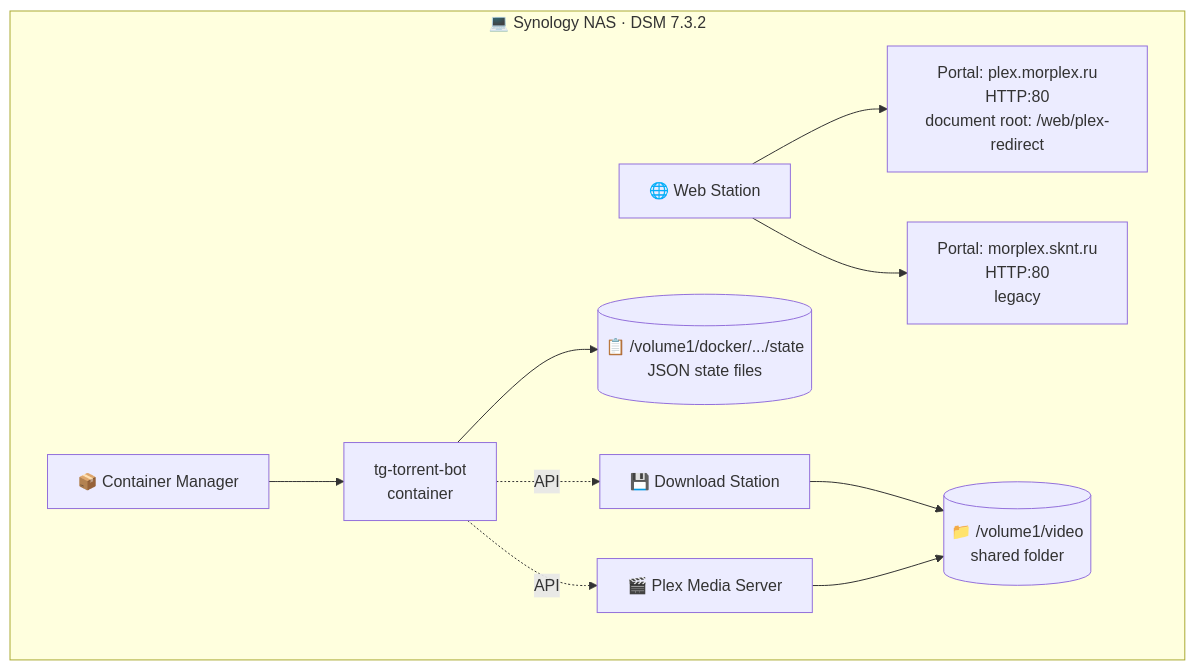
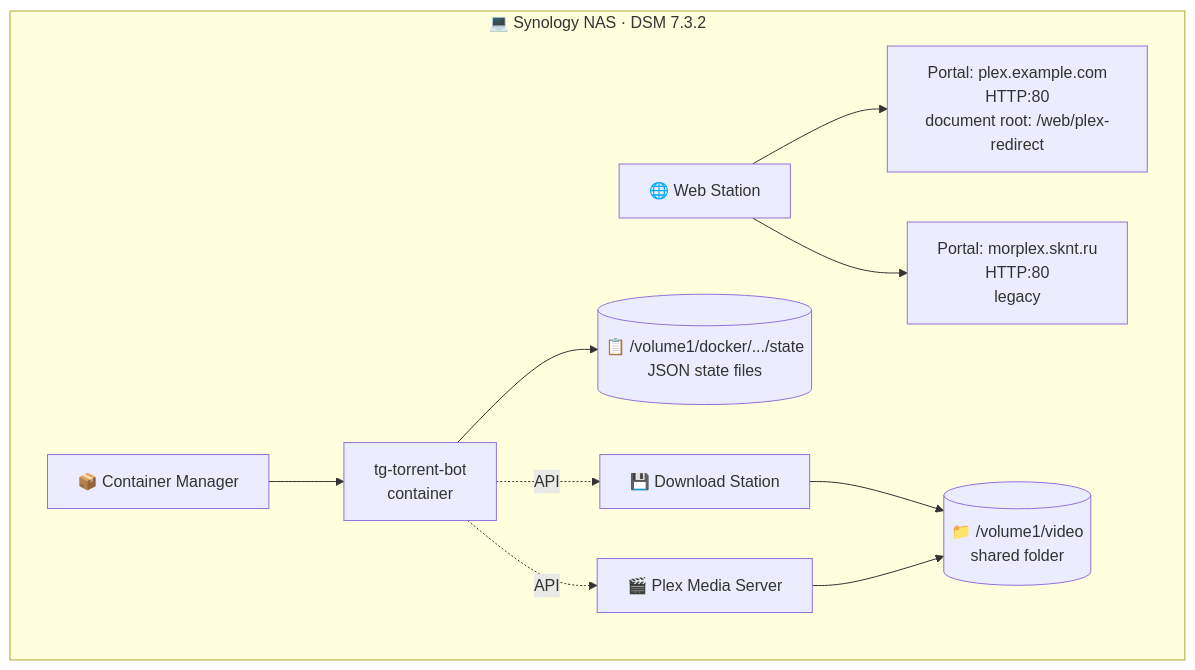
The third of 13 diagrams in ARCHITECTURE.md (KiMorev/tg-torrent-bot), drawn with Mermaid before and after one commit. The commit also changed other lines of this file and 2 other files, not shown here.

Commit message:
Mask personal Plex domain in docs

````diff
--- a/ARCHITECTURE.md
+++ b/ARCHITECTURE.md
@@ -104,21 +104,21 @@
 ```mermaid
 graph TB
     subgraph NAS[💻 Synology NAS · DSM 7.3.2]
         CM[📦 Container Manager]
         WS[🌐 Web Station]
         DS[💾 Download Station]
         PMS[🎬 Plex Media Server]
         FS[(📁 /volume1/video<br/>shared folder)]
         State[(📋 /volume1/docker/.../state<br/>JSON state files)]
 
         CM --> Bot[tg-torrent-bot<br/>container]
-        WS --> Portal1[Portal: plex.morplex.ru<br/>HTTP:80<br/>document root: /web/plex-redirect]
+        WS --> Portal1[Portal: plex.example.com<br/>HTTP:80<br/>document root: /web/plex-redirect]
         WS --> Portal2[Portal: morplex.sknt.ru<br/>HTTP:80<br/>legacy]
 
         Bot --> State
         Bot -.API.-> DS
         Bot -.API.-> PMS
         DS --> FS
         PMS --> FS
     end
 ```
````
